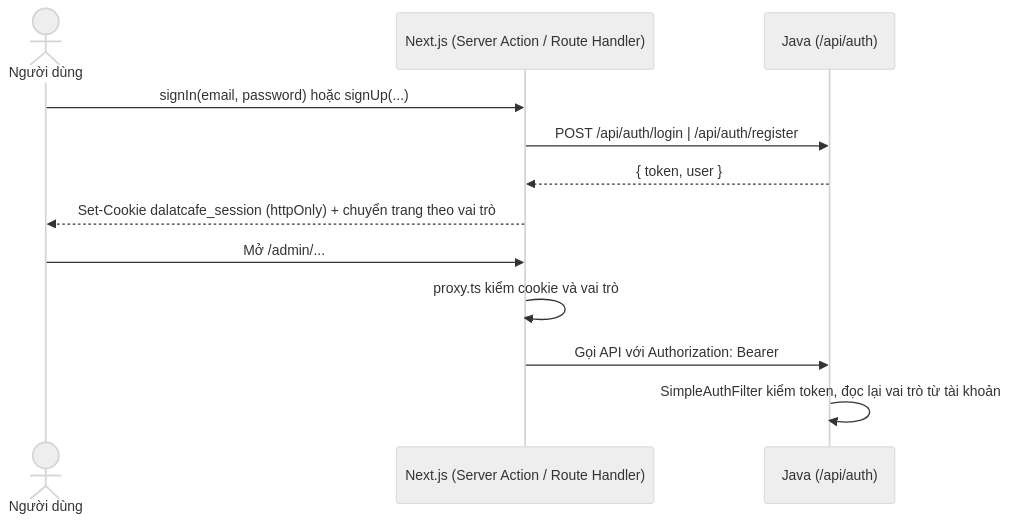
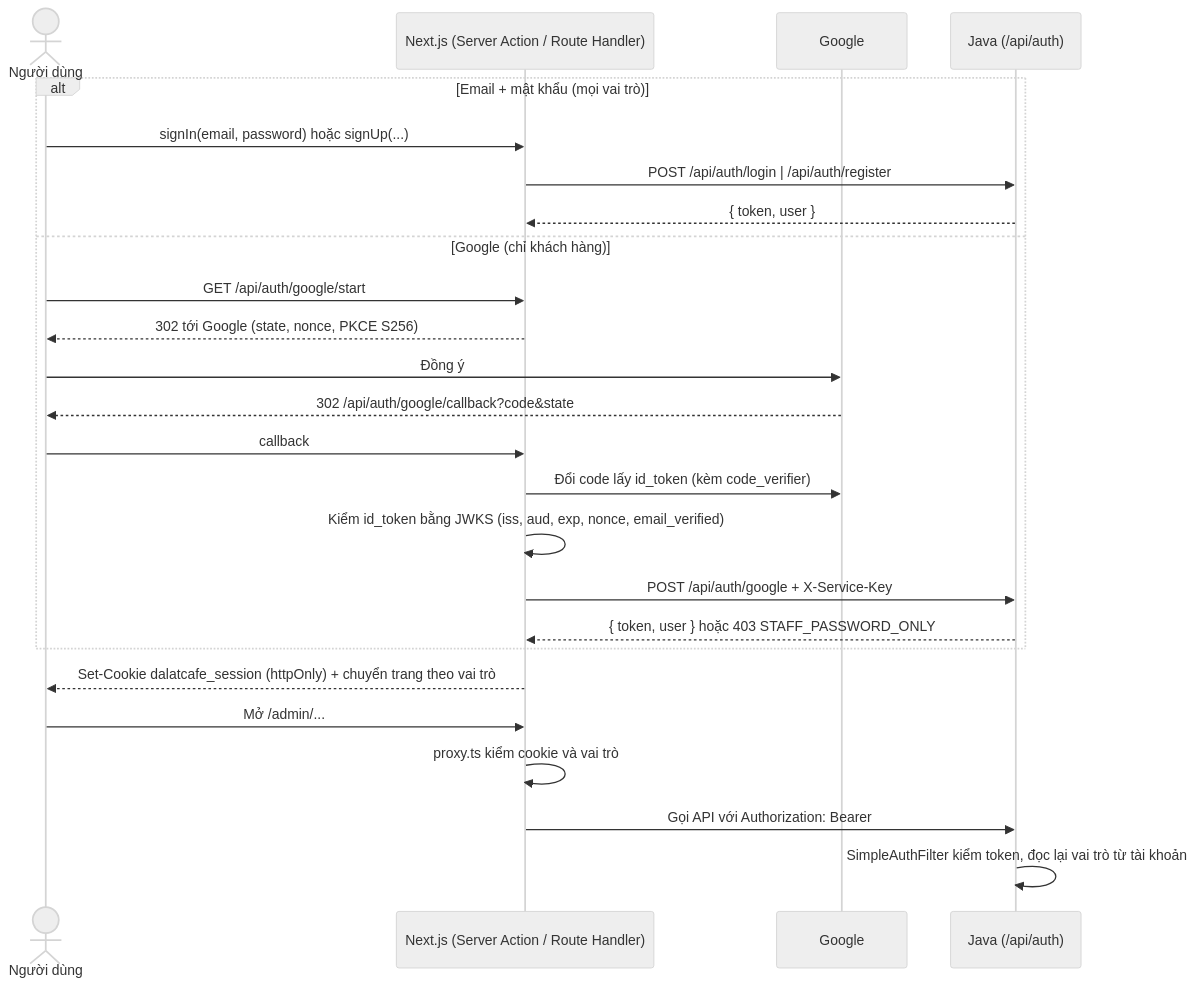
The second of 4 diagrams in docs/ARCHITECTURE.md (HubertPhung/WebQuanLyQuanCafe-DesignPatterns), drawn with Mermaid (neutral theme) before and after one commit. The commit also changed other lines of this file and 6 other files, not shown here.

Commit message:
docs: Google sign-in for customers, staff stay on passwords

````diff
--- a/docs/ARCHITECTURE.md
+++ b/docs/ARCHITECTURE.md
@@ -129,15 +129,28 @@
 ```mermaid
 sequenceDiagram
     actor U as Người dùng
     participant N as Next.js (Server Action / Route Handler)
+    participant G as Google
     participant J as Java (/api/auth)
 
-    U->>N: signIn(email, password) hoặc signUp(...)
-    N->>J: POST /api/auth/login | /api/auth/register
-    J-->>N: { token, user }
+    alt Email + mật khẩu (mọi vai trò)
+        U->>N: signIn(email, password) hoặc signUp(...)
+        N->>J: POST /api/auth/login | /api/auth/register
+        J-->>N: { token, user }
+    else Google (chỉ khách hàng)
+        U->>N: GET /api/auth/google/start
+        N-->>U: 302 tới Google (state, nonce, PKCE S256)
+        U->>G: Đồng ý
+        G-->>U: 302 /api/auth/google/callback?code&state
+        U->>N: callback
+        N->>G: Đổi code lấy id_token (kèm code_verifier)
+        N->>N: Kiểm id_token bằng JWKS (iss, aud, exp, nonce, email_verified)
+        N->>J: POST /api/auth/google + X-Service-Key
+        J-->>N: { token, user } hoặc 403 STAFF_PASSWORD_ONLY
+    end
     N-->>U: Set-Cookie dalatcafe_session (httpOnly) + chuyển trang theo vai trò
     U->>N: Mở /admin/...
     N->>N: proxy.ts kiểm cookie và vai trò
     N->>J: Gọi API với Authorization: Bearer
     J->>J: SimpleAuthFilter kiểm token, đọc lại vai trò từ tài khoản
 ```
````
